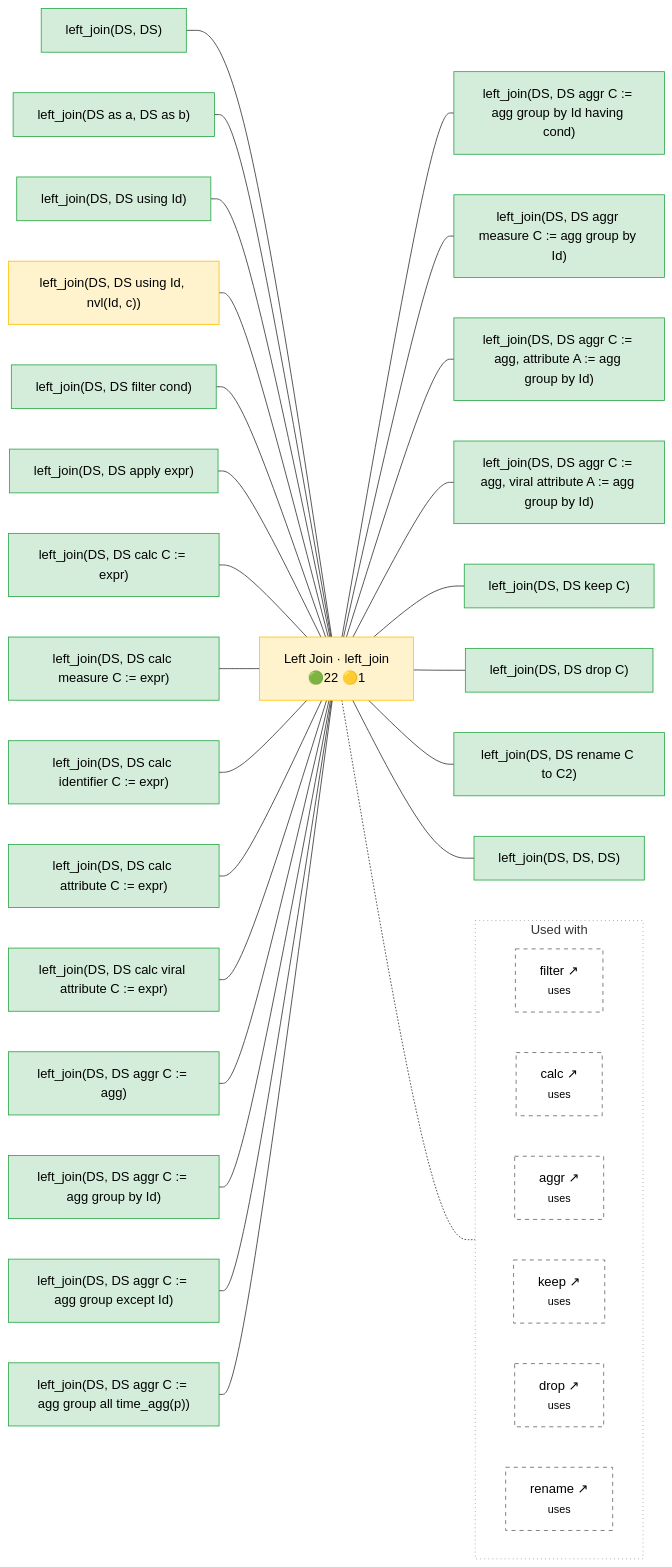
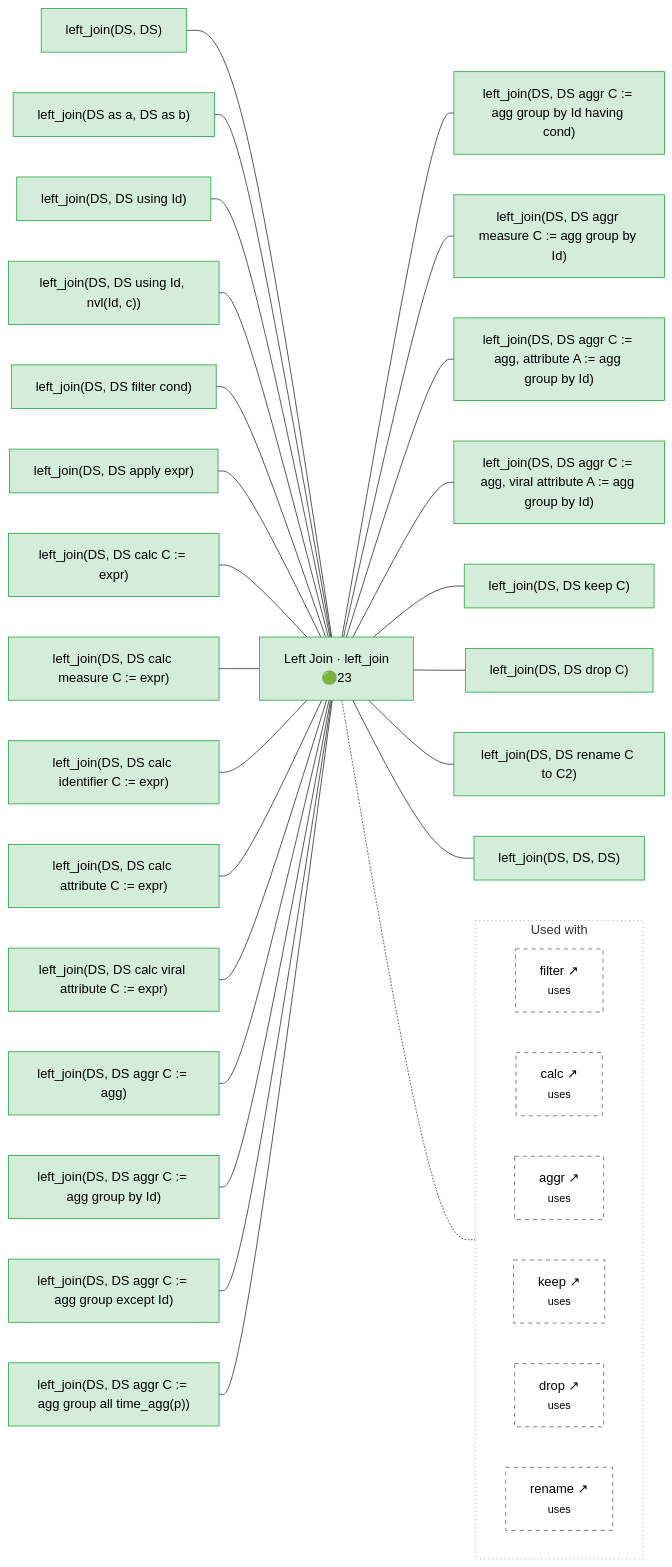
The diagram in docs/operator_map/join/left_join.rst (Meaningful-Data/vtlengine), drawn with Mermaid before and after one commit. The commit also changed other lines of this file and 100 other files, not shown here.

```diff
--- a/docs/operator_map/join/left_join.rst
+++ b/docs/operator_map/join/left_join.rst
@@ -32,11 +32,11 @@
        classDef diverge fill:#cce5ff,stroke:#007bff,color:#000
        classDef block fill:#2b3a4a,stroke:#2b3a4a,color:#fff,font-weight:bold
        classDef ext fill:#fff,stroke:#666,color:#000,stroke-dasharray: 5 5
-       O["Left Join · left_join<br/>🟢22 🟡1"]:::partial
+       O["Left Join · left_join<br/>🟢23"]:::ok
        v_bare["left_join(DS, DS)"]:::ok
        v_aliases["left_join(DS as a, DS as b)"]:::ok
        v_using["left_join(DS, DS using Id)"]:::ok
-       v_using_nvl["left_join(DS, DS using Id, nvl(Id, c))"]:::partial
+       v_using_nvl["left_join(DS, DS using Id, nvl(Id, c))"]:::ok
        v_filter["left_join(DS, DS filter cond)"]:::ok
        v_apply["left_join(DS, DS apply expr)"]:::ok
        v_calc_default["left_join(DS, DS calc C #58;#61; expr)"]:::ok
```
